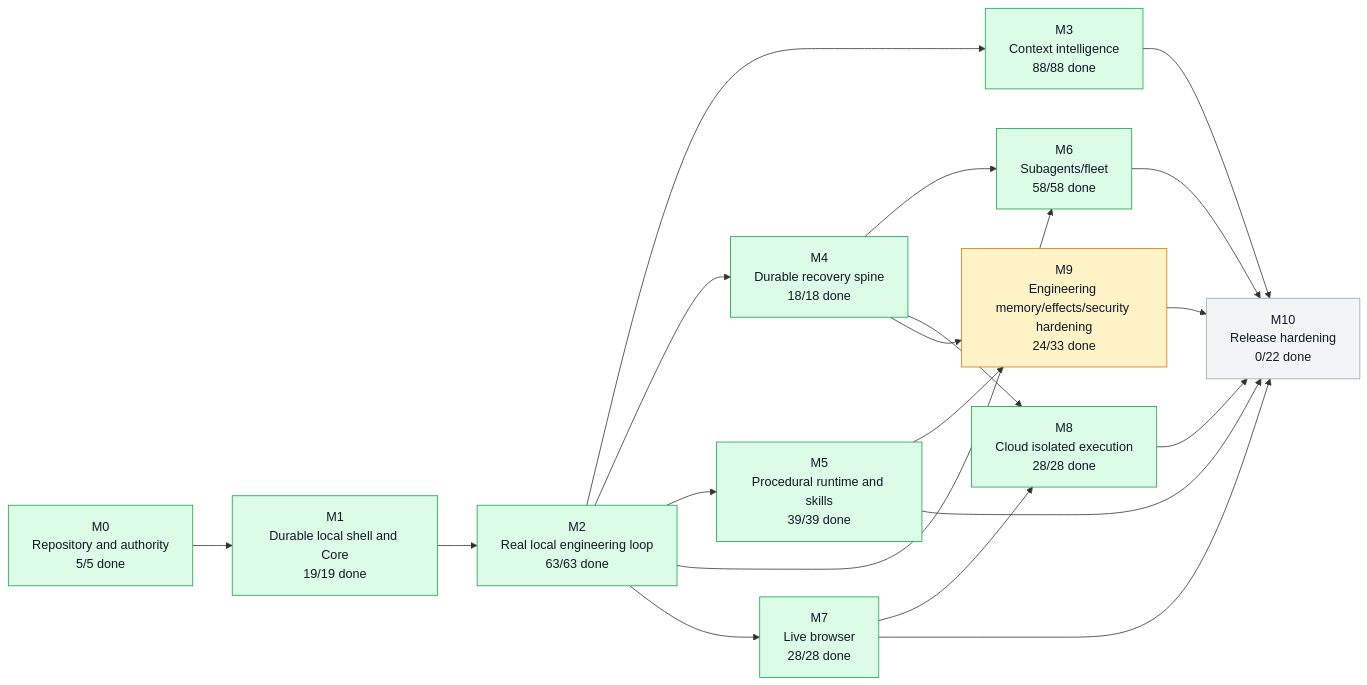
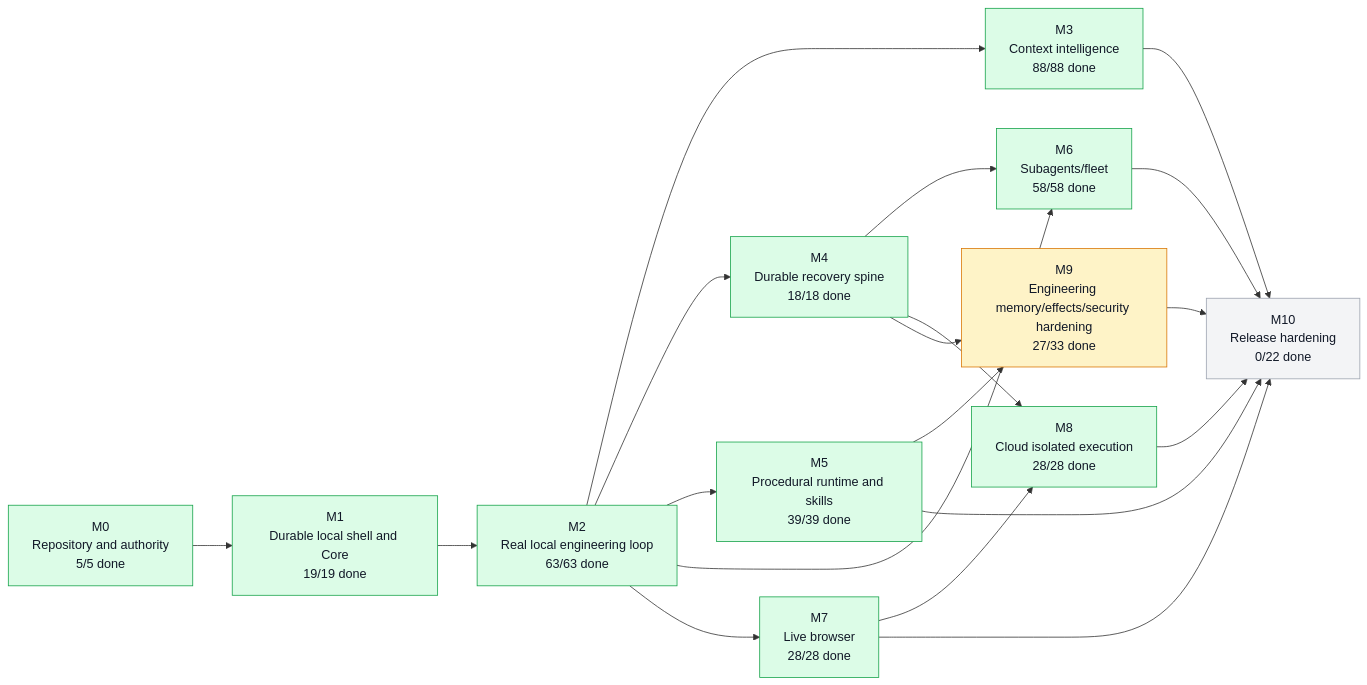
Before and after one commit to moss101/modbit: the first of 5 diagrams in graph/PROJECT_GRAPH.md, drawn with Mermaid. The commit also changed other lines of this file and 9 other files, not shown here.

````diff
--- a/graph/PROJECT_GRAPH.md
+++ b/graph/PROJECT_GRAPH.md
@@ -57,43 +57,43 @@
 ```mermaid
 flowchart LR
   M0["M0<br/>Repository and authority<br/>5/5 done"]
   M1["M1<br/>Durable local shell and Core<br/>19/19 done"]
   M2["M2<br/>Real local engineering loop<br/>63/63 done"]
   M3["M3<br/>Context intelligence<br/>88/88 done"]
   M4["M4<br/>Durable recovery spine<br/>18/18 done"]
   M5["M5<br/>Procedural runtime and skills<br/>39/39 done"]
   M6["M6<br/>Subagents/fleet<br/>58/58 done"]
   M7["M7<br/>Live browser<br/>28/28 done"]
   M8["M8<br/>Cloud isolated execution<br/>28/28 done"]
-  M9["M9<br/>Engineering memory/effects/security hardening<br/>24/33 done"]
+  M9["M9<br/>Engineering memory/effects/security hardening<br/>27/33 done"]
   M10["M10<br/>Release hardening<br/>0/22 done"]
   M0 --> M1
   M1 --> M2
   M2 --> M3
   M2 --> M4
   M2 --> M5
   M2 --> M6
   M4 --> M6
   M2 --> M7
   M4 --> M8
   M7 --> M8
   M4 --> M9
   M5 --> M9
   M3 --> M10
   M5 --> M10
   M6 --> M10
   M7 --> M10
   M8 --> M10
   M9 --> M10
   style M0 fill:#dcfce7,stroke:#16a34a,color:#111827
   style M1 fill:#dcfce7,stroke:#16a34a,color:#111827
   style M2 fill:#dcfce7,stroke:#16a34a,color:#111827
   style M3 fill:#dcfce7,stroke:#16a34a,color:#111827
   style M4 fill:#dcfce7,stroke:#16a34a,color:#111827
   style M5 fill:#dcfce7,stroke:#16a34a,color:#111827
   style M6 fill:#dcfce7,stroke:#16a34a,color:#111827
   style M7 fill:#dcfce7,stroke:#16a34a,color:#111827
   style M8 fill:#dcfce7,stroke:#16a34a,color:#111827
   style M9 fill:#fef3c7,stroke:#d97706,color:#111827
   style M10 fill:#f3f4f6,stroke:#9ca3af,color:#111827
 ```
````
